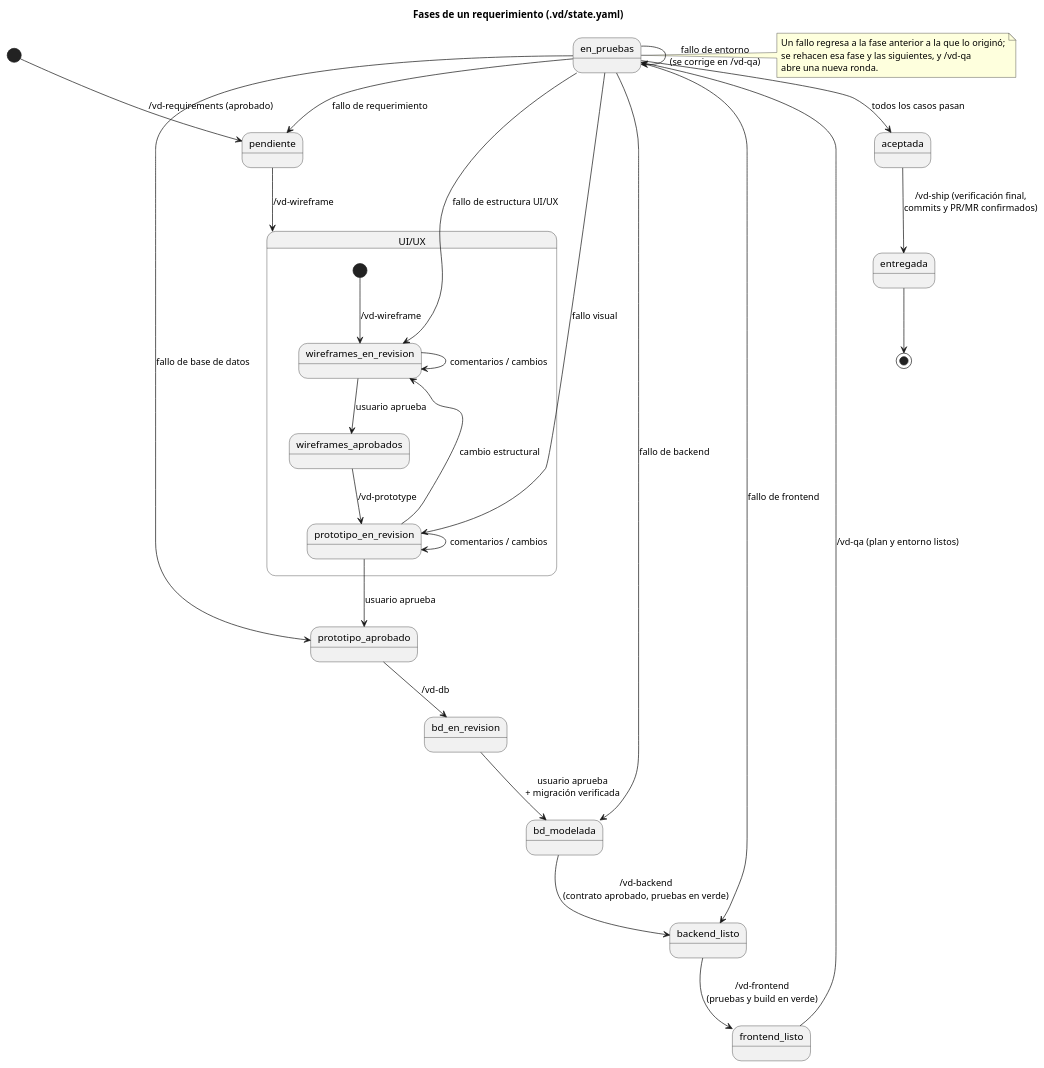
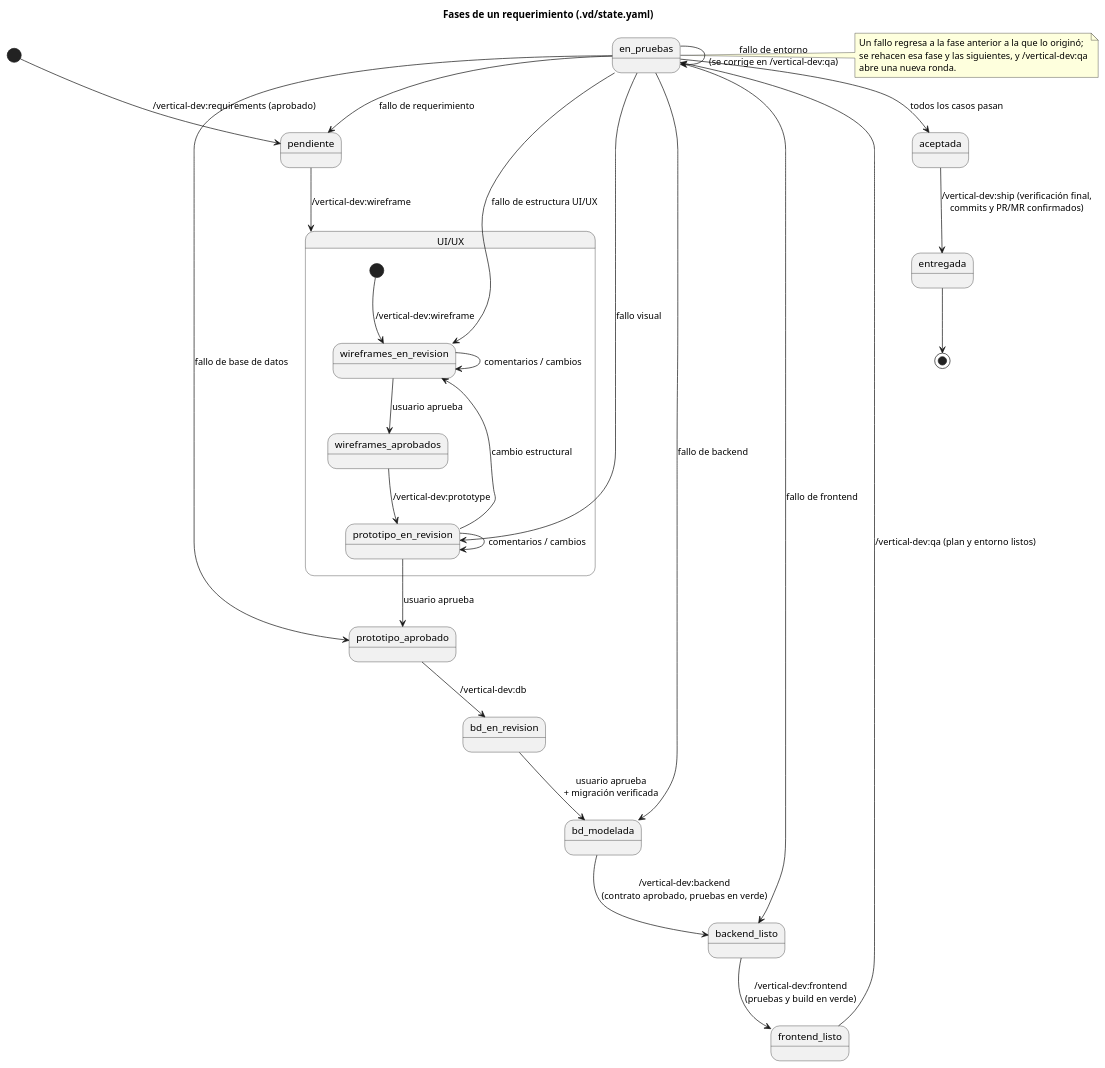
Before and after one commit to Antonioescp/ai-plugin-vertical-development: the diagram in docs/workflow/estados-funcionalidad.puml, drawn with PlantUML. The commit also changed 59 other files, not shown here.

```diff
--- a/docs/workflow/estados-funcionalidad.puml
+++ b/docs/workflow/estados-funcionalidad.puml
@@ -1,44 +1,44 @@
 @startuml estados-funcionalidad
 title Fases de un requerimiento (.vd/state.yaml)
 
-[*] --> pendiente : /vd-requirements (aprobado)
+[*] --> pendiente : /vertical-dev:requirements (aprobado)
 
 state "UI/UX" as ux {
   state wireframes_en_revision
   state wireframes_aprobados
   state prototipo_en_revision
-  [*] --> wireframes_en_revision : /vd-wireframe
+  [*] --> wireframes_en_revision : /vertical-dev:wireframe
   wireframes_en_revision --> wireframes_en_revision : comentarios / cambios
   wireframes_en_revision --> wireframes_aprobados : usuario aprueba
-  wireframes_aprobados --> prototipo_en_revision : /vd-prototype
+  wireframes_aprobados --> prototipo_en_revision : /vertical-dev:prototype
   prototipo_en_revision --> prototipo_en_revision : comentarios / cambios
   prototipo_en_revision --> wireframes_en_revision : cambio estructural
 }
 
-pendiente --> ux : /vd-wireframe
+pendiente --> ux : /vertical-dev:wireframe
 prototipo_en_revision --> prototipo_aprobado : usuario aprueba
-prototipo_aprobado --> bd_en_revision : /vd-db
+prototipo_aprobado --> bd_en_revision : /vertical-dev:db
 bd_en_revision --> bd_modelada : usuario aprueba\n+ migración verificada
-bd_modelada --> backend_listo : /vd-backend\n(contrato aprobado, pruebas en verde)
-backend_listo --> frontend_listo : /vd-frontend\n(pruebas y build en verde)
-frontend_listo --> en_pruebas : /vd-qa (plan y entorno listos)
+bd_modelada --> backend_listo : /vertical-dev:backend\n(contrato aprobado, pruebas en verde)
+backend_listo --> frontend_listo : /vertical-dev:frontend\n(pruebas y build en verde)
+frontend_listo --> en_pruebas : /vertical-dev:qa (plan y entorno listos)
 
 en_pruebas --> aceptada : todos los casos pasan
-en_pruebas --> en_pruebas : fallo de entorno\n(se corrige en /vd-qa)
+en_pruebas --> en_pruebas : fallo de entorno\n(se corrige en /vertical-dev:qa)
 en_pruebas --> pendiente : fallo de requerimiento
 en_pruebas --> wireframes_en_revision : fallo de estructura UI/UX
 en_pruebas --> prototipo_en_revision : fallo visual
 en_pruebas --> prototipo_aprobado : fallo de base de datos
 en_pruebas --> bd_modelada : fallo de backend
 en_pruebas --> backend_listo : fallo de frontend
 
-aceptada --> entregada : /vd-ship (verificación final,\ncommits y PR/MR confirmados)
+aceptada --> entregada : /vertical-dev:ship (verificación final,\ncommits y PR/MR confirmados)
 entregada --> [*]
 
 note right of en_pruebas
   Un fallo regresa a la fase anterior a la que lo originó;
-  se rehacen esa fase y las siguientes, y /vd-qa
+  se rehacen esa fase y las siguientes, y /vertical-dev:qa
   abre una nueva ronda.
 end note
 
 @enduml
```
